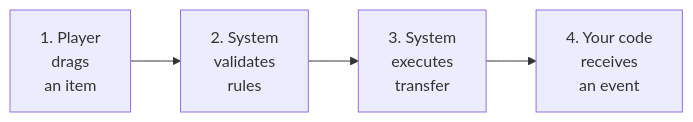
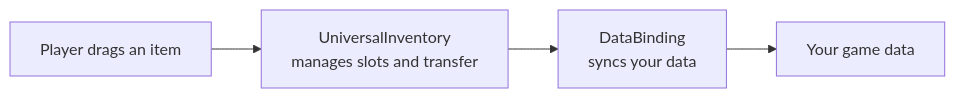
The second of 2 diagrams in .docs/content/index.en.md (SergeevSergey99/DragAndDropSystem-Docs), drawn with Mermaid before and after one commit. The commit also changed other lines of this file and 16 other files, not shown here.

````diff
--- a/.docs/content/index.en.md
+++ b/.docs/content/index.en.md
@@ -33,7 +39,6 @@
 ```mermaid
 flowchart LR
-    A["1. Player\ndrags\nan item"] --> B["2. System\nvalidates\nrules"]
-    B --> C["3. System\nexecutes\ntransfer"]
-    C --> D["4. Your code\nreceives\nan event"]
-
+    Input["Player drags an item"] --> Inventory["UniversalInventory<br/>manages slots and transfer"]
+    Inventory --> Binding["DataBinding<br/>syncs your data"]
+    Binding --> Data["Your game data"]
 ```
````
